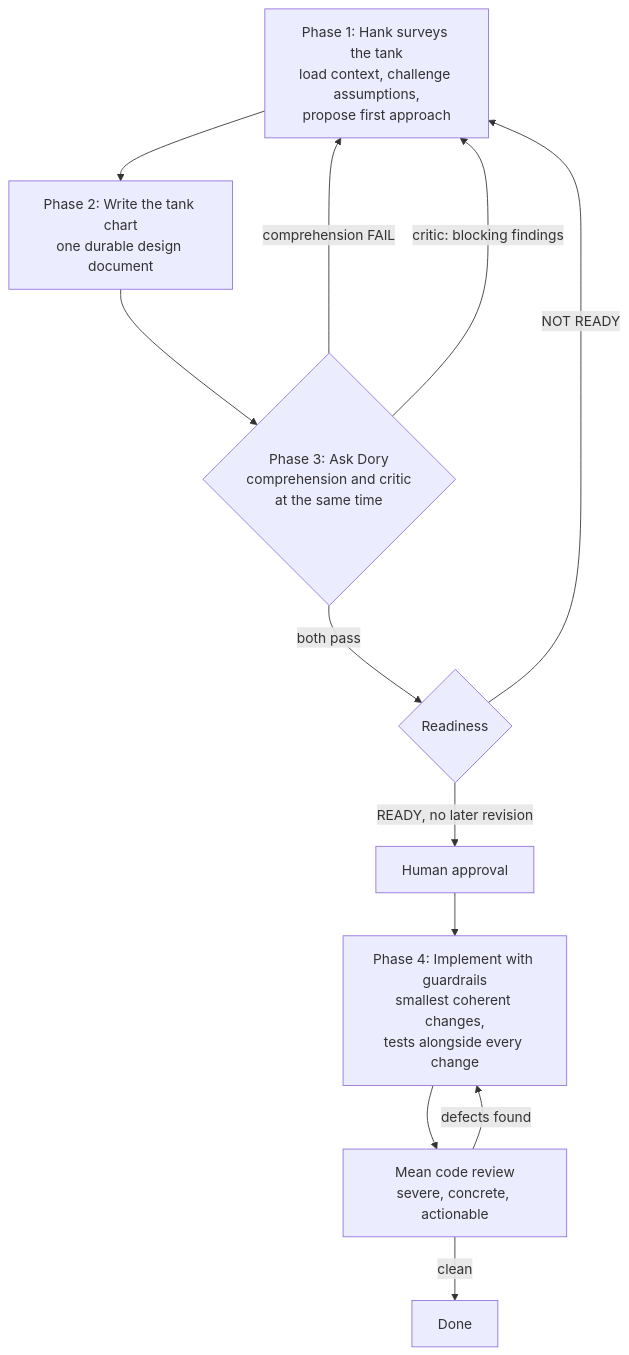
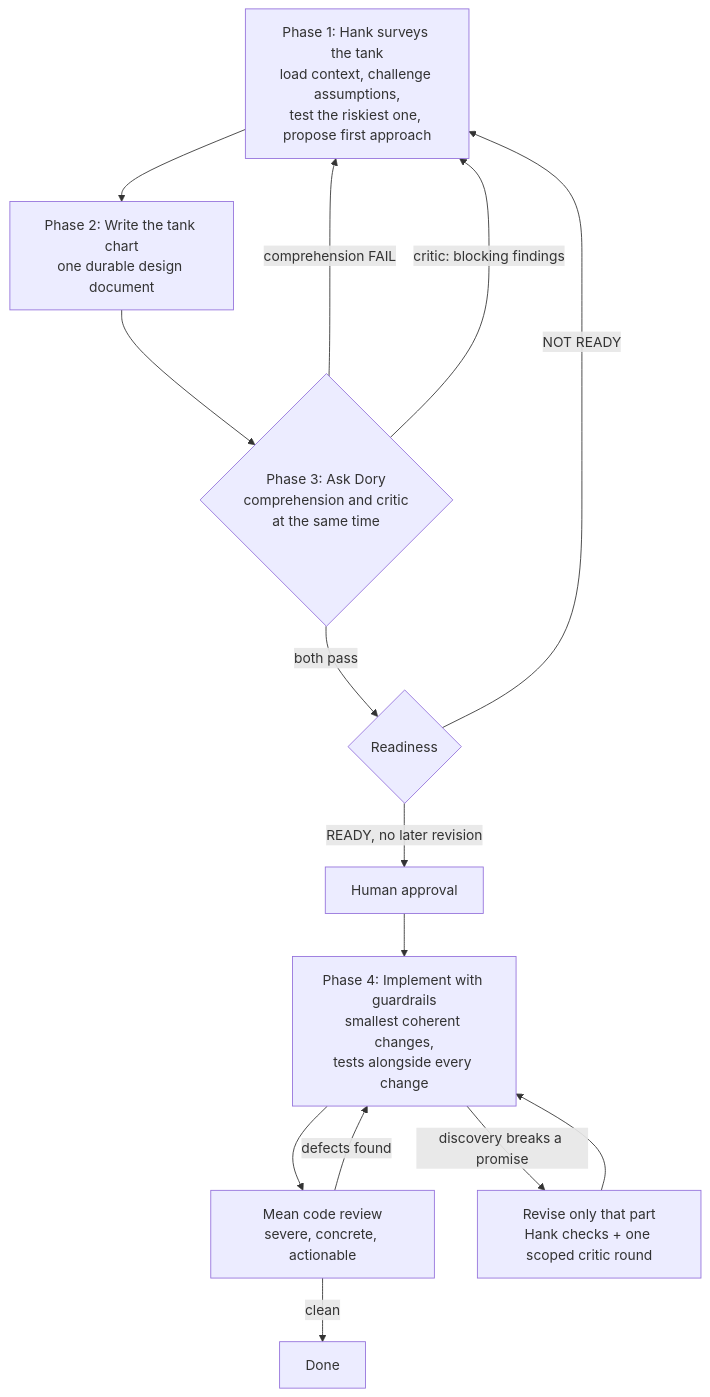
One commit to ajaxdude/HankNDory changed the diagram in README.md. Above: the diagram before and after it, drawn with Mermaid. The commit also changed other lines of this file and 7 other files, not shown here.

````diff
--- a/README.md
+++ b/README.md
@@ -51,14 +54,16 @@
 ```mermaid
 flowchart TD
-    A[Phase 1: Hank surveys the tank<br/>load context, challenge assumptions,<br/>propose first approach] --> B[Phase 2: Write the tank chart<br/>one durable design document]
+    A[Phase 1: Hank surveys the tank<br/>load context, challenge assumptions,<br/>test the riskiest one, propose first approach] --> B[Phase 2: Write the tank chart<br/>one durable design document]
     B --> C{Phase 3: Ask Dory<br/>comprehension and critic<br/>at the same time}
     C -->|comprehension FAIL| A
     C -->|critic: blocking findings| A
     C -->|both pass| R{Readiness}
     R -->|NOT READY| A
     R -->|READY, no later revision| D[Human approval]
     D --> E[Phase 4: Implement with guardrails<br/>smallest coherent changes,<br/>tests alongside every change]
     E --> F[Mean code review<br/>severe, concrete, actionable]
+    E -->|discovery breaks a promise| P[Revise only that part<br/>Hank checks + one scoped critic round]
+    P --> E
     F -->|defects found| E
     F -->|clean| G[Done]
 ```
````
